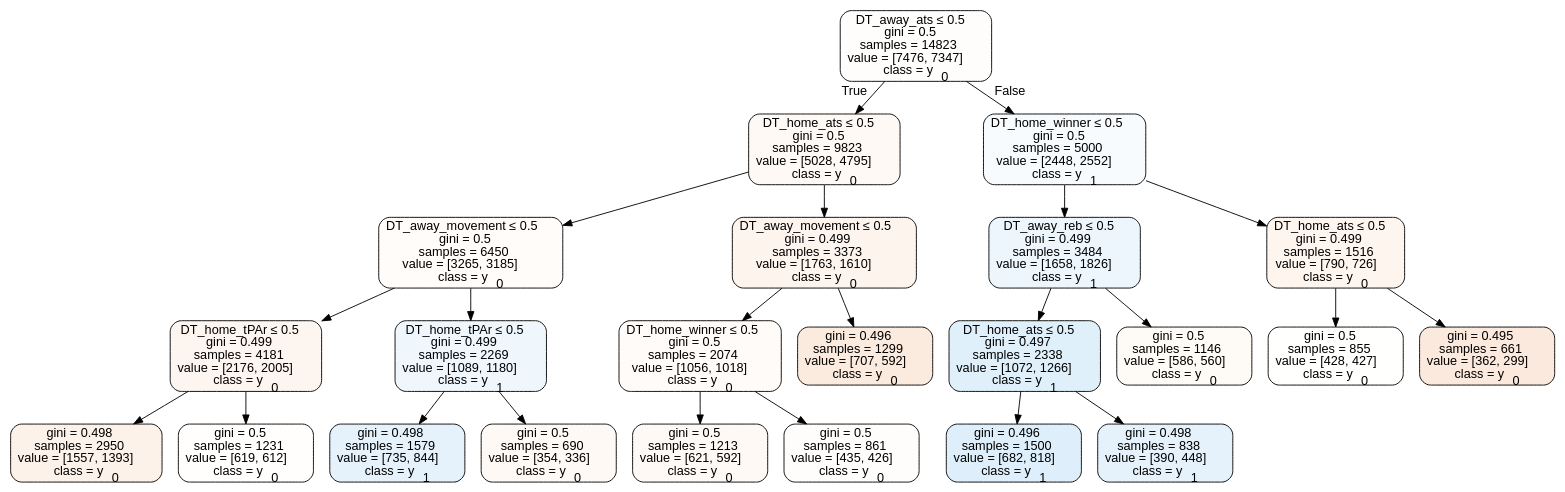
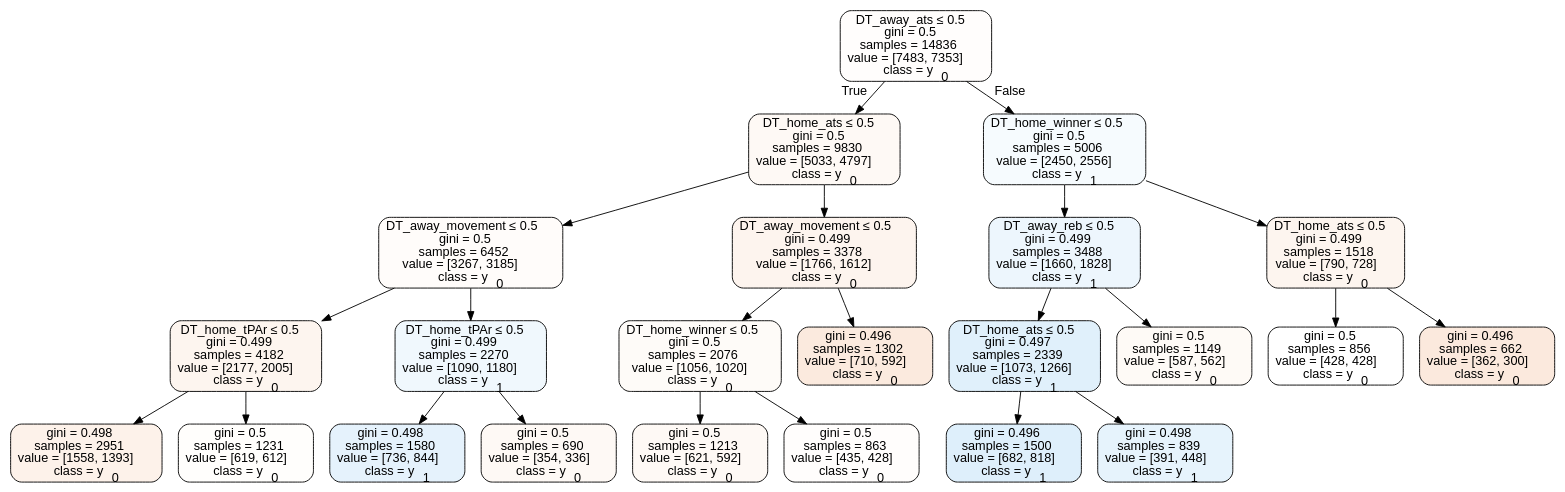
One commit to usbogie/ncaa-bets changed the diagram in Basketball/data/trees/tree2015home.dot. Above: the diagram before and after it, drawn with Graphviz. The commit also changed 9 other files, not shown here.

```diff
--- a/Basketball/data/trees/tree2015home.dot
+++ b/Basketball/data/trees/tree2015home.dot
@@ -1,49 +1,49 @@
 digraph Tree {
 node [shape=box, style="filled, rounded", color="black", fontname=helvetica] ;
 edge [fontname=helvetica] ;
-0 [label=<DT_away_ats &le; 0.5<br/>gini = 0.5<br/>samples = 14823<br/>value = [7476, 7347]<br/>class = y<SUB>0</SUB>>, fillcolor="#e5813904"] ;
-1 [label=<DT_home_ats &le; 0.5<br/>gini = 0.5<br/>samples = 9823<br/>value = [5028, 4795]<br/>class = y<SUB>0</SUB>>, fillcolor="#e581390c"] ;
+0 [label=<DT_away_ats &le; 0.5<br/>gini = 0.5<br/>samples = 14836<br/>value = [7483, 7353]<br/>class = y<SUB>0</SUB>>, fillcolor="#e5813904"] ;
+1 [label=<DT_home_ats &le; 0.5<br/>gini = 0.5<br/>samples = 9830<br/>value = [5033, 4797]<br/>class = y<SUB>0</SUB>>, fillcolor="#e581390c"] ;
 0 -> 1 [labeldistance=2.5, labelangle=45, headlabel="True"] ;
-2 [label=<DT_away_movement &le; 0.5<br/>gini = 0.5<br/>samples = 6450<br/>value = [3265, 3185]<br/>class = y<SUB>0</SUB>>, fillcolor="#e5813906"] ;
+2 [label=<DT_away_movement &le; 0.5<br/>gini = 0.5<br/>samples = 6452<br/>value = [3267, 3185]<br/>class = y<SUB>0</SUB>>, fillcolor="#e5813906"] ;
 1 -> 2 ;
-3 [label=<DT_home_tPAr &le; 0.5<br/>gini = 0.499<br/>samples = 4181<br/>value = [2176, 2005]<br/>class = y<SUB>0</SUB>>, fillcolor="#e5813914"] ;
+3 [label=<DT_home_tPAr &le; 0.5<br/>gini = 0.499<br/>samples = 4182<br/>value = [2177, 2005]<br/>class = y<SUB>0</SUB>>, fillcolor="#e5813914"] ;
 2 -> 3 ;
-4 [label=<gini = 0.498<br/>samples = 2950<br/>value = [1557, 1393]<br/>class = y<SUB>0</SUB>>, fillcolor="#e581391b"] ;
+4 [label=<gini = 0.498<br/>samples = 2951<br/>value = [1558, 1393]<br/>class = y<SUB>0</SUB>>, fillcolor="#e581391b"] ;
 3 -> 4 ;
 5 [label=<gini = 0.5<br/>samples = 1231<br/>value = [619, 612]<br/>class = y<SUB>0</SUB>>, fillcolor="#e5813903"] ;
 3 -> 5 ;
-6 [label=<DT_home_tPAr &le; 0.5<br/>gini = 0.499<br/>samples = 2269<br/>value = [1089, 1180]<br/>class = y<SUB>1</SUB>>, fillcolor="#399de514"] ;
+6 [label=<DT_home_tPAr &le; 0.5<br/>gini = 0.499<br/>samples = 2270<br/>value = [1090, 1180]<br/>class = y<SUB>1</SUB>>, fillcolor="#399de513"] ;
 2 -> 6 ;
-7 [label=<gini = 0.498<br/>samples = 1579<br/>value = [735, 844]<br/>class = y<SUB>1</SUB>>, fillcolor="#399de521"] ;
+7 [label=<gini = 0.498<br/>samples = 1580<br/>value = [736, 844]<br/>class = y<SUB>1</SUB>>, fillcolor="#399de521"] ;
 6 -> 7 ;
 8 [label=<gini = 0.5<br/>samples = 690<br/>value = [354, 336]<br/>class = y<SUB>0</SUB>>, fillcolor="#e581390d"] ;
 6 -> 8 ;
-9 [label=<DT_away_movement &le; 0.5<br/>gini = 0.499<br/>samples = 3373<br/>value = [1763, 1610]<br/>class = y<SUB>0</SUB>>, fillcolor="#e5813916"] ;
+9 [label=<DT_away_movement &le; 0.5<br/>gini = 0.499<br/>samples = 3378<br/>value = [1766, 1612]<br/>class = y<SUB>0</SUB>>, fillcolor="#e5813916"] ;
 1 -> 9 ;
-10 [label=<DT_home_winner &le; 0.5<br/>gini = 0.5<br/>samples = 2074<br/>value = [1056, 1018]<br/>class = y<SUB>0</SUB>>, fillcolor="#e5813909"] ;
+10 [label=<DT_home_winner &le; 0.5<br/>gini = 0.5<br/>samples = 2076<br/>value = [1056, 1020]<br/>class = y<SUB>0</SUB>>, fillcolor="#e5813909"] ;
 9 -> 10 ;
 11 [label=<gini = 0.5<br/>samples = 1213<br/>value = [621, 592]<br/>class = y<SUB>0</SUB>>, fillcolor="#e581390c"] ;
 10 -> 11 ;
-12 [label=<gini = 0.5<br/>samples = 861<br/>value = [435, 426]<br/>class = y<SUB>0</SUB>>, fillcolor="#e5813905"] ;
+12 [label=<gini = 0.5<br/>samples = 863<br/>value = [435, 428]<br/>class = y<SUB>0</SUB>>, fillcolor="#e5813904"] ;
 10 -> 12 ;
-13 [label=<gini = 0.496<br/>samples = 1299<br/>value = [707, 592]<br/>class = y<SUB>0</SUB>>, fillcolor="#e5813929"] ;
+13 [label=<gini = 0.496<br/>samples = 1302<br/>value = [710, 592]<br/>class = y<SUB>0</SUB>>, fillcolor="#e581392a"] ;
 9 -> 13 ;
-14 [label=<DT_home_winner &le; 0.5<br/>gini = 0.5<br/>samples = 5000<br/>value = [2448, 2552]<br/>class = y<SUB>1</SUB>>, fillcolor="#399de50a"] ;
+14 [label=<DT_home_winner &le; 0.5<br/>gini = 0.5<br/>samples = 5006<br/>value = [2450, 2556]<br/>class = y<SUB>1</SUB>>, fillcolor="#399de50b"] ;
 0 -> 14 [labeldistance=2.5, labelangle=-45, headlabel="False"] ;
-15 [label=<DT_away_reb &le; 0.5<br/>gini = 0.499<br/>samples = 3484<br/>value = [1658, 1826]<br/>class = y<SUB>1</SUB>>, fillcolor="#399de517"] ;
+15 [label=<DT_away_reb &le; 0.5<br/>gini = 0.499<br/>samples = 3488<br/>value = [1660, 1828]<br/>class = y<SUB>1</SUB>>, fillcolor="#399de517"] ;
 14 -> 15 ;
-16 [label=<DT_home_ats &le; 0.5<br/>gini = 0.497<br/>samples = 2338<br/>value = [1072, 1266]<br/>class = y<SUB>1</SUB>>, fillcolor="#399de527"] ;
+16 [label=<DT_home_ats &le; 0.5<br/>gini = 0.497<br/>samples = 2339<br/>value = [1073, 1266]<br/>class = y<SUB>1</SUB>>, fillcolor="#399de527"] ;
 15 -> 16 ;
 17 [label=<gini = 0.496<br/>samples = 1500<br/>value = [682, 818]<br/>class = y<SUB>1</SUB>>, fillcolor="#399de52a"] ;
 16 -> 17 ;
-18 [label=<gini = 0.498<br/>samples = 838<br/>value = [390, 448]<br/>class = y<SUB>1</SUB>>, fillcolor="#399de521"] ;
+18 [label=<gini = 0.498<br/>samples = 839<br/>value = [391, 448]<br/>class = y<SUB>1</SUB>>, fillcolor="#399de520"] ;
 16 -> 18 ;
-19 [label=<gini = 0.5<br/>samples = 1146<br/>value = [586, 560]<br/>class = y<SUB>0</SUB>>, fillcolor="#e581390b"] ;
+19 [label=<gini = 0.5<br/>samples = 1149<br/>value = [587, 562]<br/>class = y<SUB>0</SUB>>, fillcolor="#e581390b"] ;
 15 -> 19 ;
-20 [label=<DT_home_ats &le; 0.5<br/>gini = 0.499<br/>samples = 1516<br/>value = [790, 726]<br/>class = y<SUB>0</SUB>>, fillcolor="#e5813915"] ;
+20 [label=<DT_home_ats &le; 0.5<br/>gini = 0.499<br/>samples = 1518<br/>value = [790, 728]<br/>class = y<SUB>0</SUB>>, fillcolor="#e5813914"] ;
 14 -> 20 ;
-21 [label=<gini = 0.5<br/>samples = 855<br/>value = [428, 427]<br/>class = y<SUB>0</SUB>>, fillcolor="#e5813901"] ;
+21 [label=<gini = 0.5<br/>samples = 856<br/>value = [428, 428]<br/>class = y<SUB>0</SUB>>, fillcolor="#e5813900"] ;
 20 -> 21 ;
-22 [label=<gini = 0.495<br/>samples = 661<br/>value = [362, 299]<br/>class = y<SUB>0</SUB>>, fillcolor="#e581392c"] ;
+22 [label=<gini = 0.496<br/>samples = 662<br/>value = [362, 300]<br/>class = y<SUB>0</SUB>>, fillcolor="#e581392c"] ;
 20 -> 22 ;
 }
```
